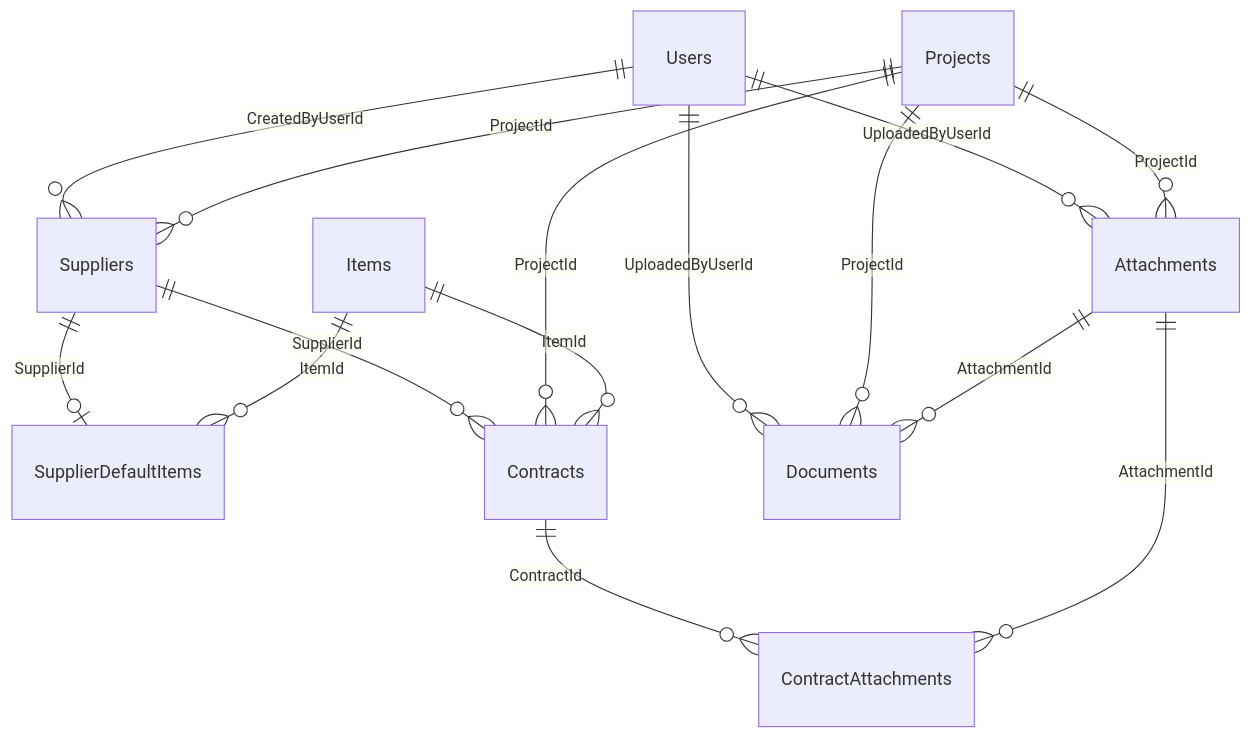
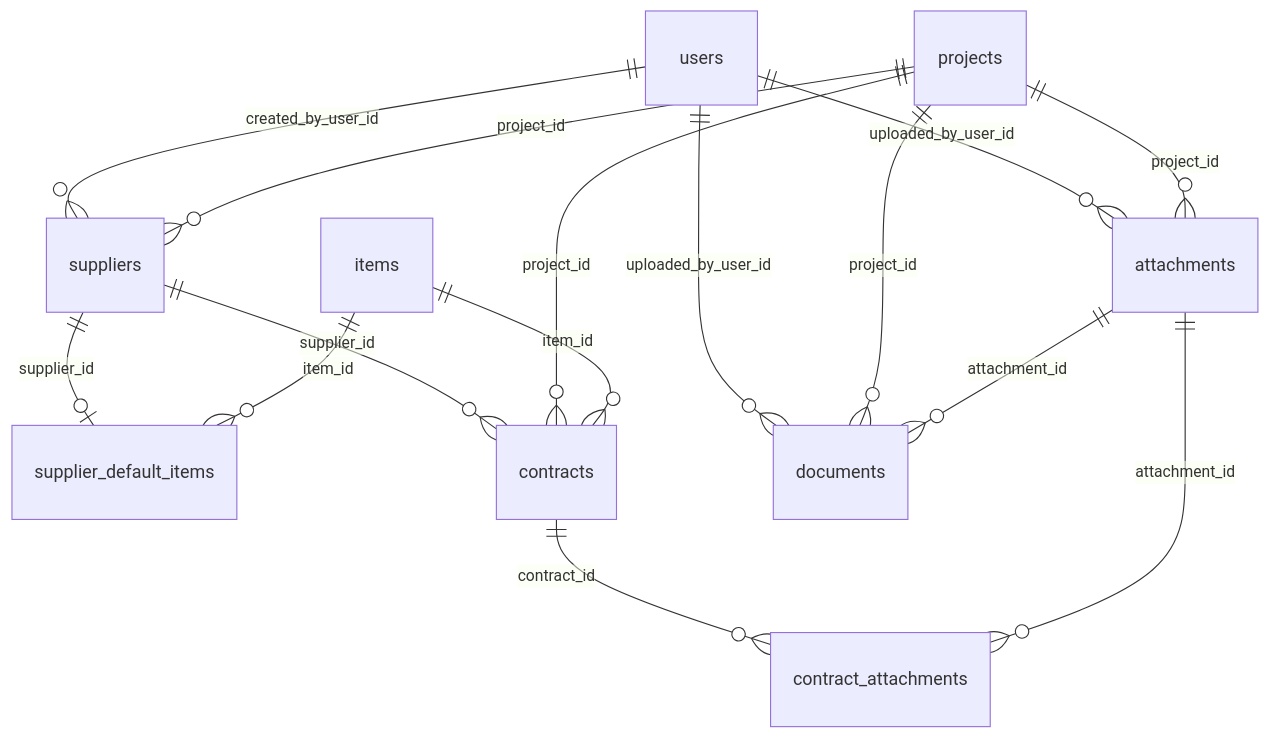
One commit to MutebAlMughyiri/redix-api changed the fourth of 8 diagrams in docs/database.md. Above: the diagram before and after it, drawn with Mermaid. The commit also changed other lines of this file, not shown here.

````diff
--- a/docs/database.md
+++ b/docs/database.md
@@ -551,17 +608,17 @@
 ```mermaid
 erDiagram
-    Projects ||--o{ Suppliers : "ProjectId"
-    Users ||--o{ Suppliers : "CreatedByUserId"
-    Items ||--o{ SupplierDefaultItems : "ItemId"
-    Suppliers ||--o| SupplierDefaultItems : "SupplierId"
-    Items ||--o{ Contracts : "ItemId"
-    Projects ||--o{ Contracts : "ProjectId"
-    Suppliers ||--o{ Contracts : "SupplierId"
-    Attachments ||--o{ ContractAttachments : "AttachmentId"
-    Contracts ||--o{ ContractAttachments : "ContractId"
-    Projects ||--o{ Attachments : "ProjectId"
-    Users ||--o{ Attachments : "UploadedByUserId"
-    Attachments ||--o{ Documents : "AttachmentId"
-    Projects ||--o{ Documents : "ProjectId"
-    Users ||--o{ Documents : "UploadedByUserId"
+    projects ||--o{ suppliers : "project_id"
+    users ||--o{ suppliers : "created_by_user_id"
+    items ||--o{ supplier_default_items : "item_id"
+    suppliers ||--o| supplier_default_items : "supplier_id"
+    items ||--o{ contracts : "item_id"
+    projects ||--o{ contracts : "project_id"
+    suppliers ||--o{ contracts : "supplier_id"
+    attachments ||--o{ contract_attachments : "attachment_id"
+    contracts ||--o{ contract_attachments : "contract_id"
+    projects ||--o{ attachments : "project_id"
+    users ||--o{ attachments : "uploaded_by_user_id"
+    attachments ||--o{ documents : "attachment_id"
+    projects ||--o{ documents : "project_id"
+    users ||--o{ documents : "uploaded_by_user_id"
 ```
````
